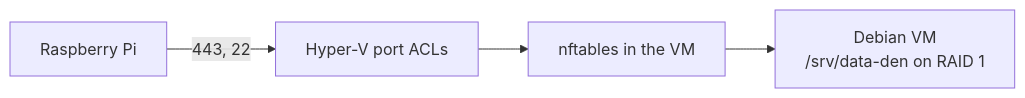
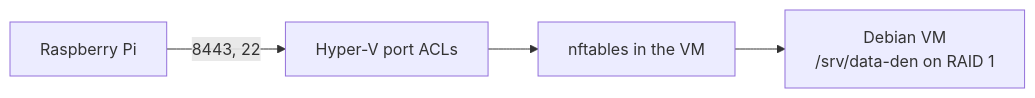
Before and after one commit to Programmer-Den/DATA-DEN: the diagram in vm/README.md, drawn with Mermaid. The commit also changed other lines of this file and 11 other files, not shown here.

````diff
--- a/vm/README.md
+++ b/vm/README.md
@@ -7,6 +7,6 @@
 ```mermaid
 flowchart LR
-    pi["Raspberry Pi"] -- "443, 22" --> acl["Hyper-V port ACLs"]
+    pi["Raspberry Pi"] -- "8443, 22" --> acl["Hyper-V port ACLs"]
     acl --> nft["nftables in the VM"]
     nft --> vm["Debian VM<br/>/srv/data-den on RAID 1"]
 ```
````
